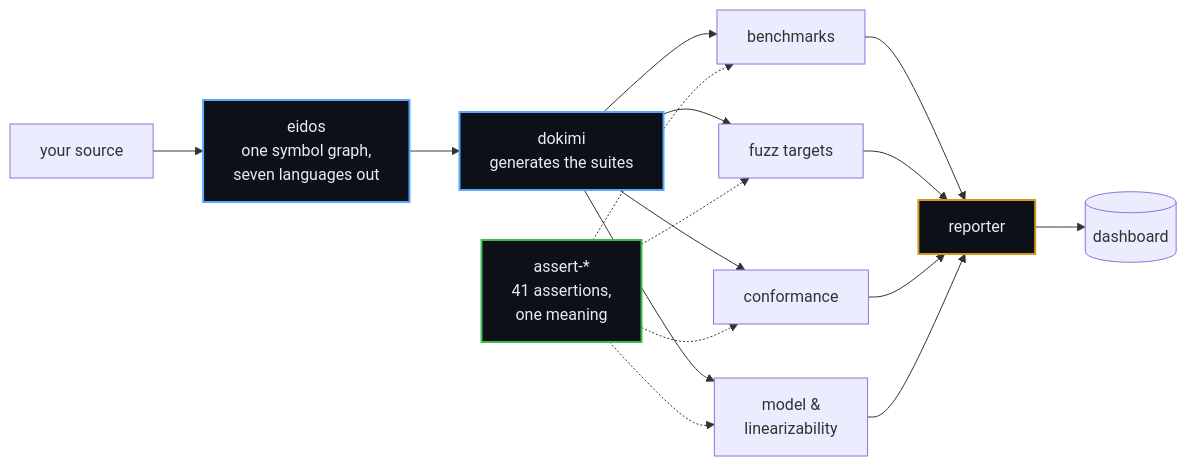
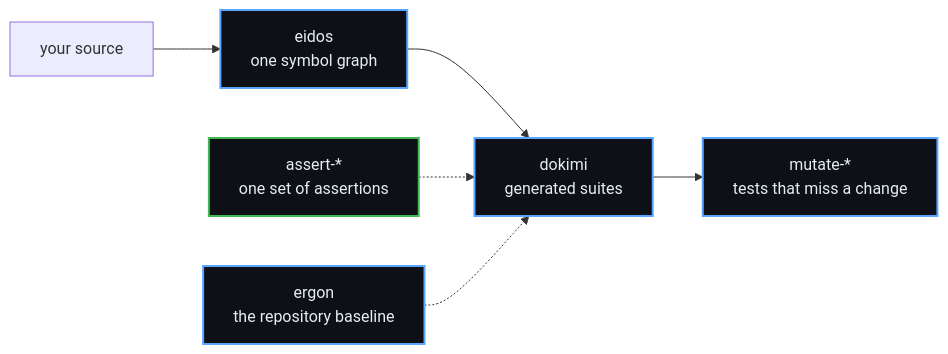
Before and after one commit to dokimasia/.github: the diagram in profile/README.md, drawn with Mermaid. The commit also changed other lines of this file, not shown here.

````diff
--- a/profile/README.md
+++ b/profile/README.md
@@ -29,28 +70,13 @@
 ```mermaid
 flowchart LR
-    S["your source"] --> E
-
-    E["eidos<br/>one symbol graph,<br/>seven languages out"] --> D
-    D["dokimi<br/>generates the suites"] --> B["benchmarks"]
-    D --> F["fuzz targets"]
-    D --> C["conformance"]
-    D --> M["model &<br/>linearizability"]
-
-    A["assert-*<br/>41 assertions,<br/>one meaning"] -.-> B
-    A -.-> F
-    A -.-> C
-    A -.-> M
-
-    B --> R["reporter"]
-    F --> R
-    C --> R
-    M --> R
-    R --> Z[("dashboard")]
+    S["your source"] --> E["eidos<br/>one symbol graph"]
+    E --> D["dokimi<br/>generated suites"]
+    A["assert-*<br/>one set of assertions"] -.-> D
+    D --> M["mutate-*<br/>tests that miss a change"]
+    G["ergon<br/>the repository baseline"] -.-> D
 
     classDef ours fill:#0d1117,stroke:#58a6ff,stroke-width:2px,color:#e6edf3
     classDef asserts fill:#0d1117,stroke:#3fb950,stroke-width:2px,color:#e6edf3
-    classDef out fill:#0d1117,stroke:#d29922,stroke-width:2px,color:#e6edf3
-    class E,D ours
+    class E,D,M,G ours
     class A asserts
-    class R out
 ```
````
